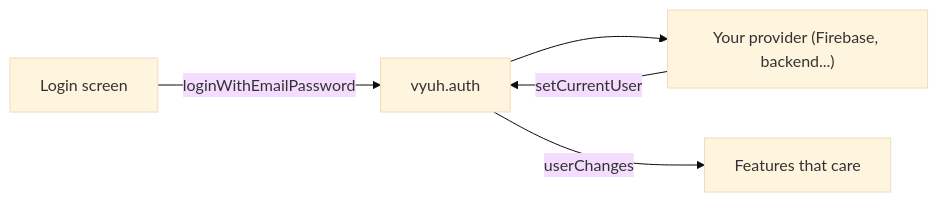
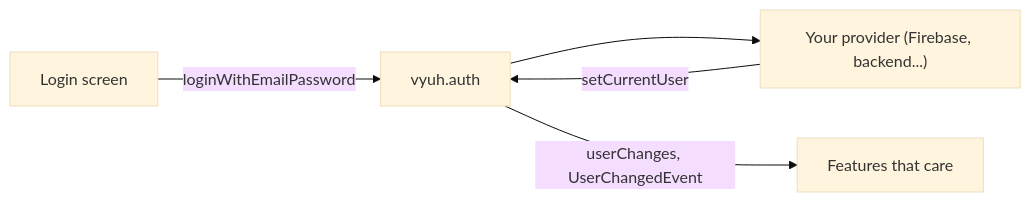
Before and after one commit to vyuh-tech/vyuh: the diagram in docs/plugins/authentication.md, drawn with Mermaid (base theme). The commit also changed other lines of this file and 26 other files, not shown here.

````diff
--- a/docs/plugins/authentication.md
+++ b/docs/plugins/authentication.md
@@ -23,7 +23,7 @@
 ```mermaid
 flowchart LR
   UI["Login screen"] -->|loginWithEmailPassword| Auth["vyuh.auth"]
   Auth --> Provider["Your provider (Firebase, backend...)"]
   Provider -->|setCurrentUser| Auth
-  Auth -->|userChanges| Features["Features that care"]
+  Auth -->|"userChanges, UserChangedEvent"| Features["Features that care"]
 ```
````
